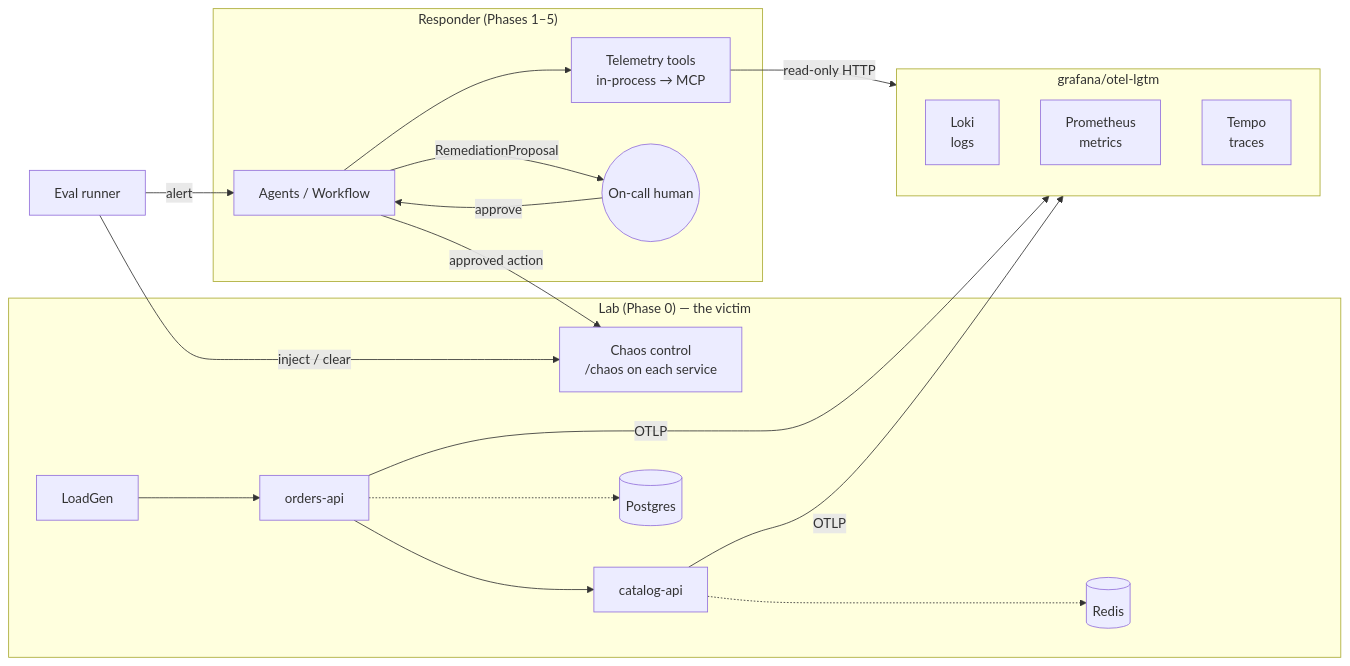
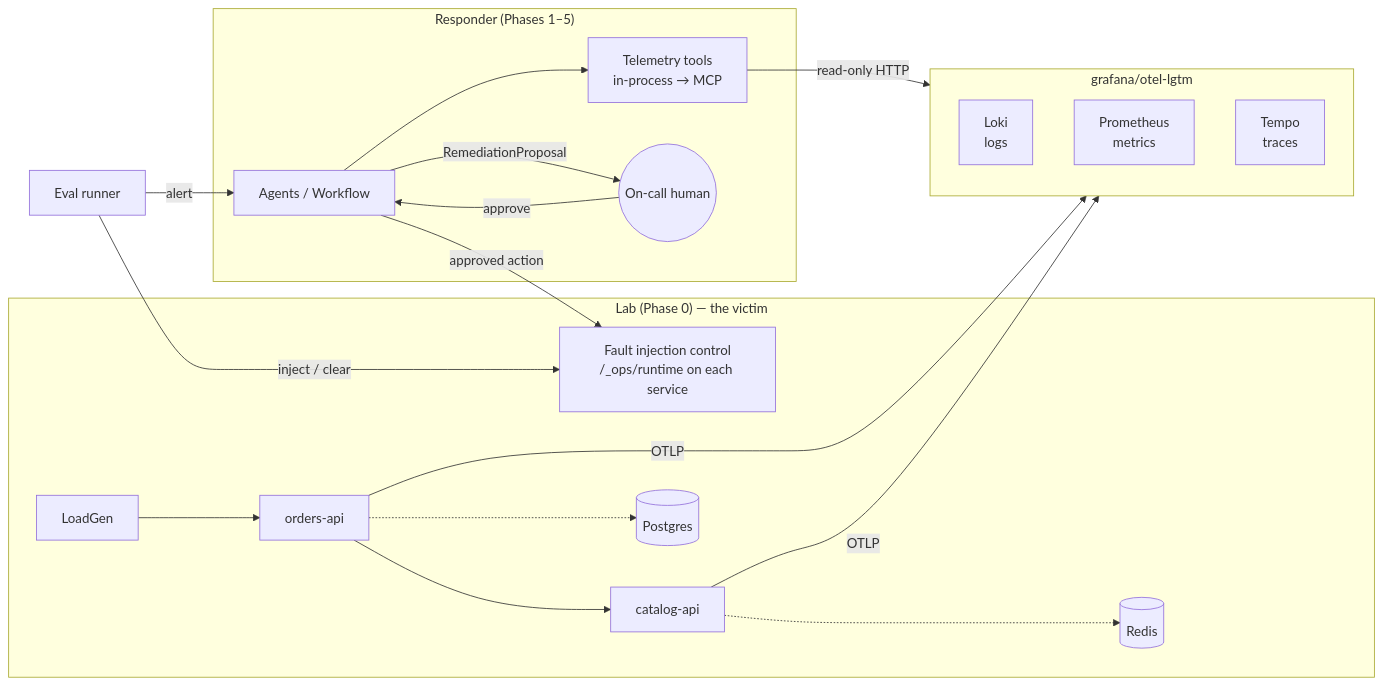
Before and after one commit to sebnet/maf-incident-responder: the diagram in docs/ARCHITECTURE.md, drawn with Mermaid. The commit also changed other lines of this file and 19 other files, not shown here.

First line of the commit message:
fix(lab): stop fault injection from leaking into telemetry

````diff
--- a/docs/ARCHITECTURE.md
+++ b/docs/ARCHITECTURE.md
@@ -5,34 +5,34 @@
 ```mermaid
 flowchart LR
     subgraph Lab["Lab (Phase 0) — the victim"]
-        chaos[Chaos control<br/>/chaos on each service]
+        chaos[Fault injection control<br/>/_ops/runtime on each service]
         loadgen[LoadGen] --> orders[orders-api]
         orders --> catalog[catalog-api]
         orders -.-> pg[(Postgres)]
         catalog -.-> redis[(Redis)]
     end
 
     subgraph Telemetry["grafana/otel-lgtm"]
         loki[Loki<br/>logs]
         prom[Prometheus<br/>metrics]
         tempo[Tempo<br/>traces]
     end
 
     orders -- OTLP --> Telemetry
     catalog -- OTLP --> Telemetry
 
     subgraph Responder["Responder (Phases 1–5)"]
         tools[Telemetry tools<br/>in-process → MCP]
         agent[Agents / Workflow]
         human((On-call human))
     end
 
     tools -- read-only HTTP --> Telemetry
     agent --> tools
     agent -- RemediationProposal --> human
     human -- approve --> agent
     agent -- approved action --> chaos
 
     evals[Eval runner] -- inject / clear --> chaos
     evals -- alert --> agent
 ```
````
